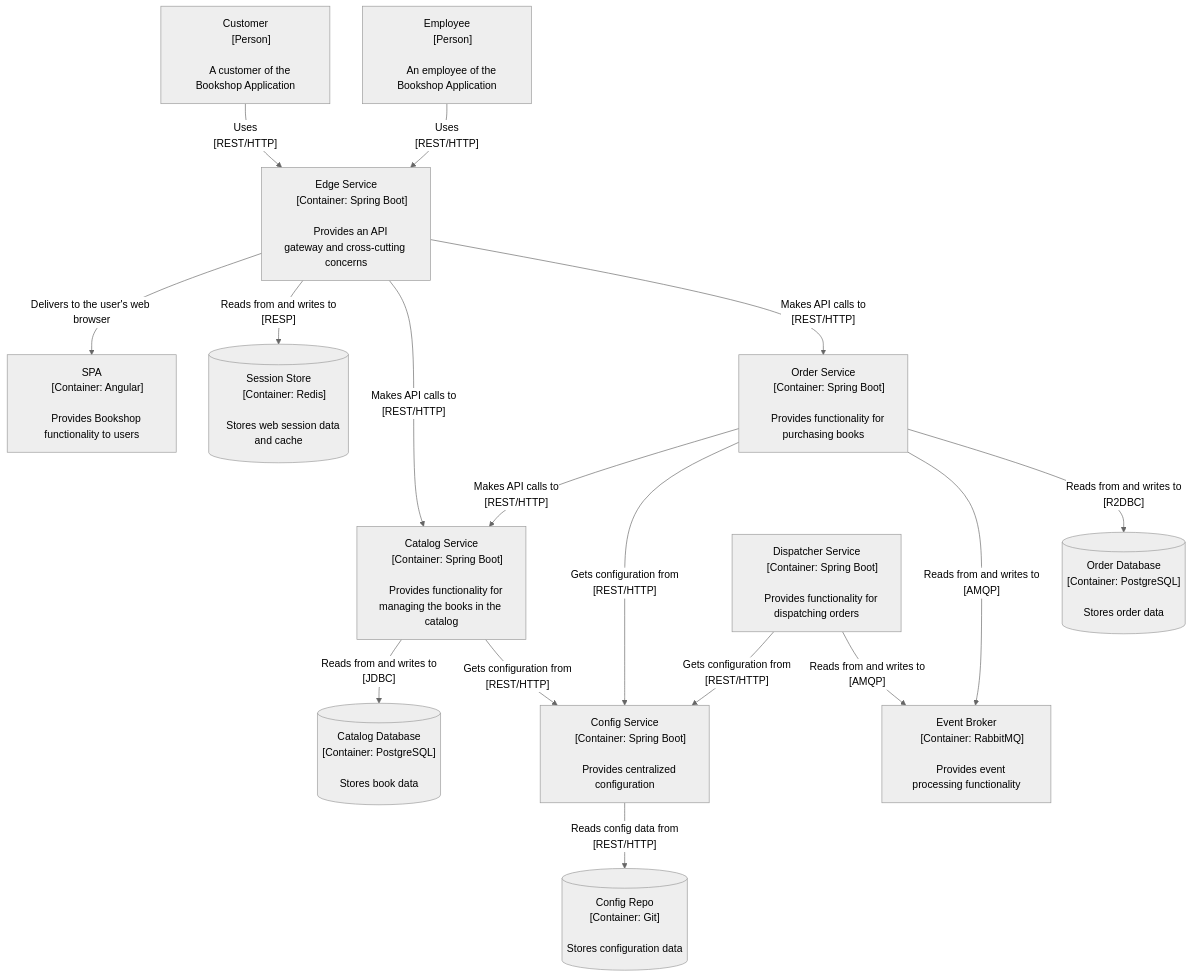
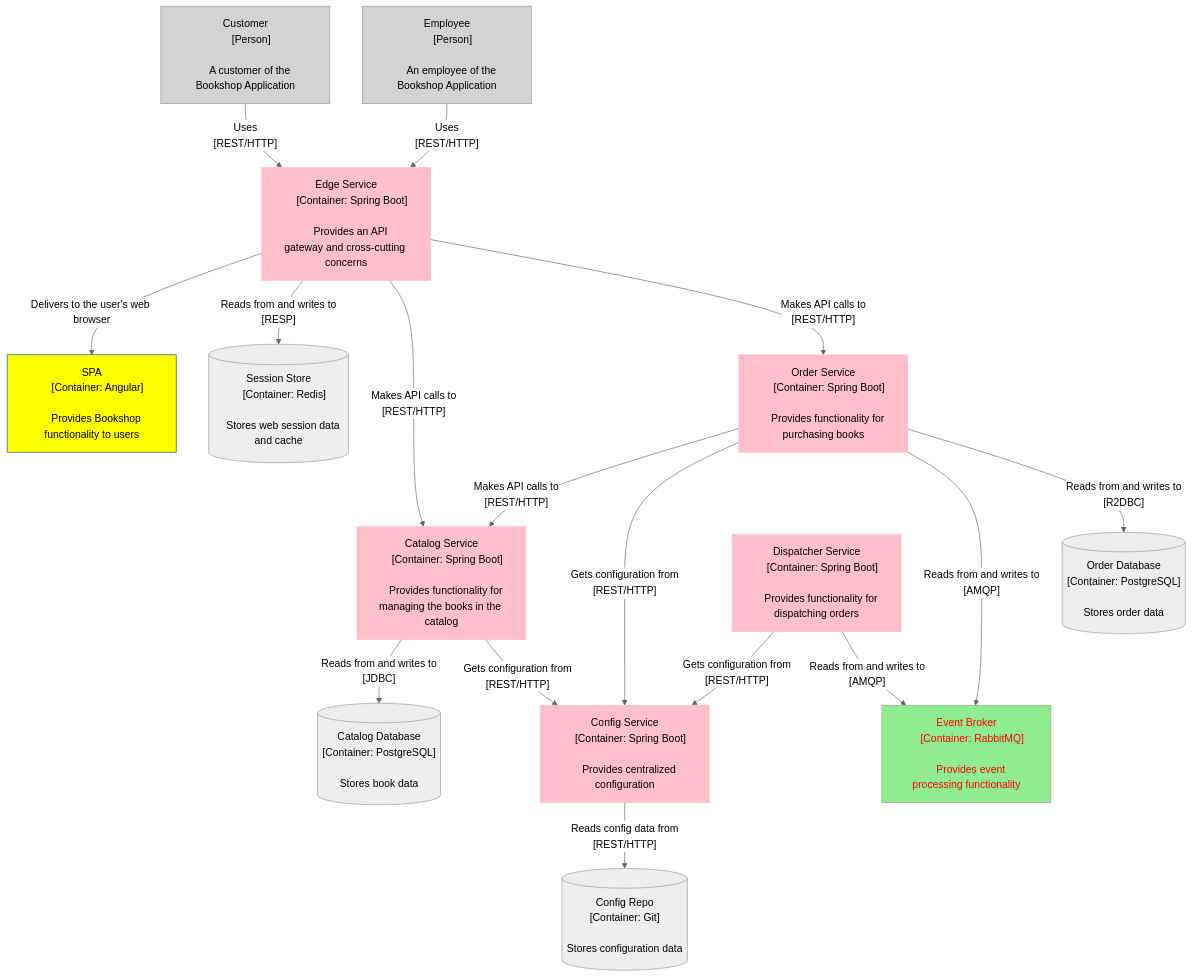
Before and after one commit to bladespring/bookshop-deployment: the diagram in README.md, drawn with Mermaid (neutral theme).

````diff
--- a/README.md
+++ b/README.md
@@ -108,4 +108,21 @@
 
     EDGE--"Makes API calls to
     [REST/HTTP]"-->ORDER
+
+    classDef person fill:lightgray,color:black
+    class Customer person
+    class Employee person
+
+    classDef focusSystem fill:pink,stroke:pink,color:black
+    class CAT focusSystem
+    class ORDER focusSystem
+    class DISP focusSystem
+    class CONF focusSystem
+    class EDGE focusSystem
+
+    classDef frontend fill:yellow,stroke:#0b4884,color:black
+    class SPA frontend
+
+    classDef broker fill:lightgreen,color:red
+    class BROKER broker
 ```
````
